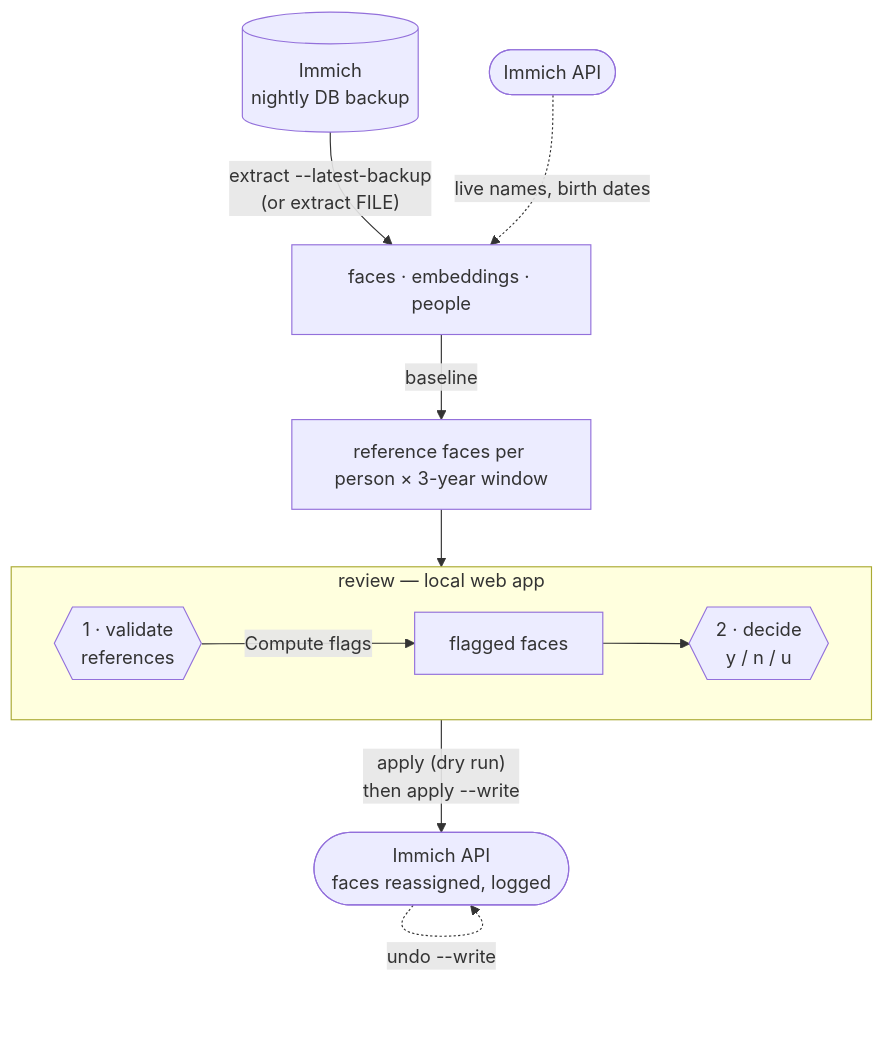
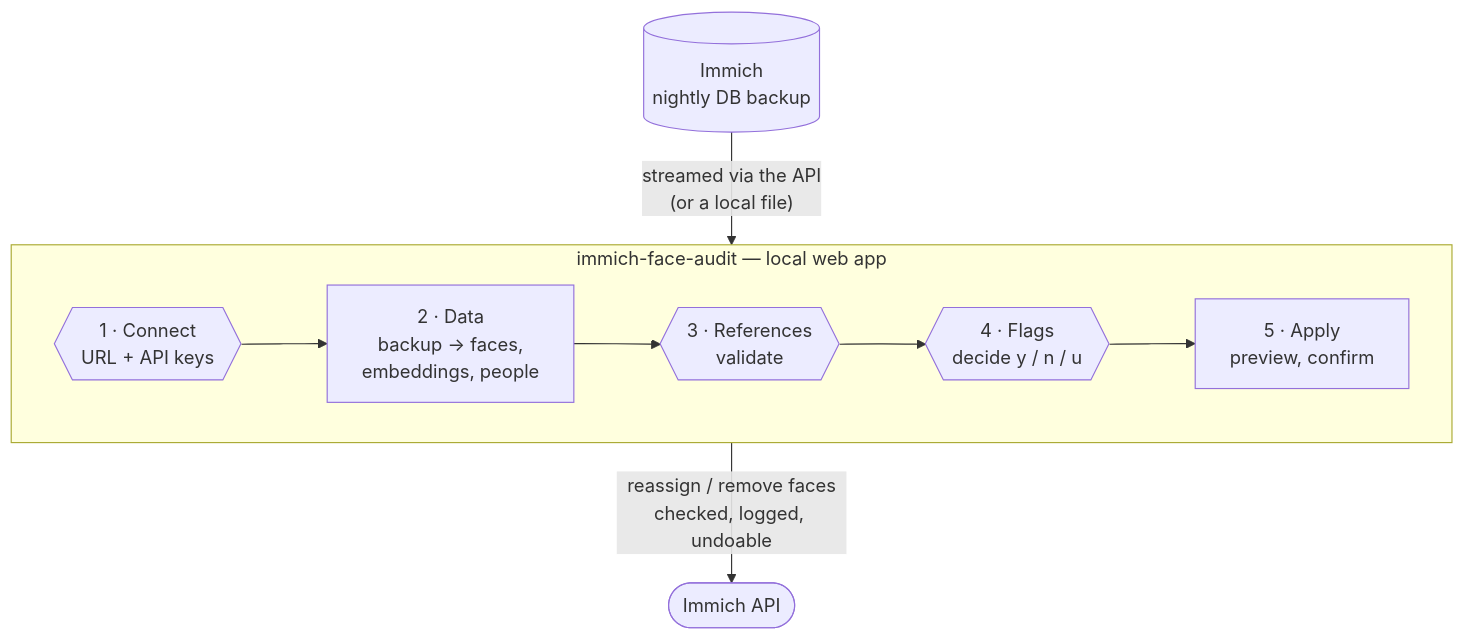
Before and after one commit to xens/immich-face-audit: the diagram in README.md, drawn with Mermaid. The commit also changed other lines of this file and 18 other files, not shown here.

First line of the commit message:
The whole audit in the web app: connect, data, references, flags, apply

````diff
--- a/README.md
+++ b/README.md
@@ -13,13 +14,9 @@
 ```mermaid
 flowchart TD
-    DB[("Immich<br/>nightly DB backup")] -->|"extract --latest-backup<br/>(or extract FILE)"| X["faces · embeddings · people"]
-    API(["Immich API"]) -.->|"live names, birth dates"| X
-    X -->|baseline| R["reference faces per person × 3-year window"]
-    subgraph app ["review — local web app"]
+    subgraph app ["immich-face-audit — local web app"]
         direction LR
-        V{{"1 · validate<br/>references"}} -->|"Compute flags"| F["flagged faces"] --> D{{"2 · decide<br/>y / n / u"}}
+        C{{"1 · Connect<br/>URL + API keys"}} --> D["2 · Data<br/>backup → faces,<br/>embeddings, people"] --> R{{"3 · References<br/>validate"}} --> F{{"4 · Flags<br/>decide y / n / u"}} --> A["5 · Apply<br/>preview, confirm"]
     end
-    R --> app
-    app -->|"apply (dry run)<br/>then apply --write"| W(["Immich API<br/>faces reassigned, logged"])
-    W -.->|"undo --write"| W
+    DB[("Immich<br/>nightly DB backup")] -->|"streamed via the API<br/>(or a local file)"| app
+    app -->|"reassign / remove faces<br/>checked, logged, undoable"| W(["Immich API"])
 ```
````
